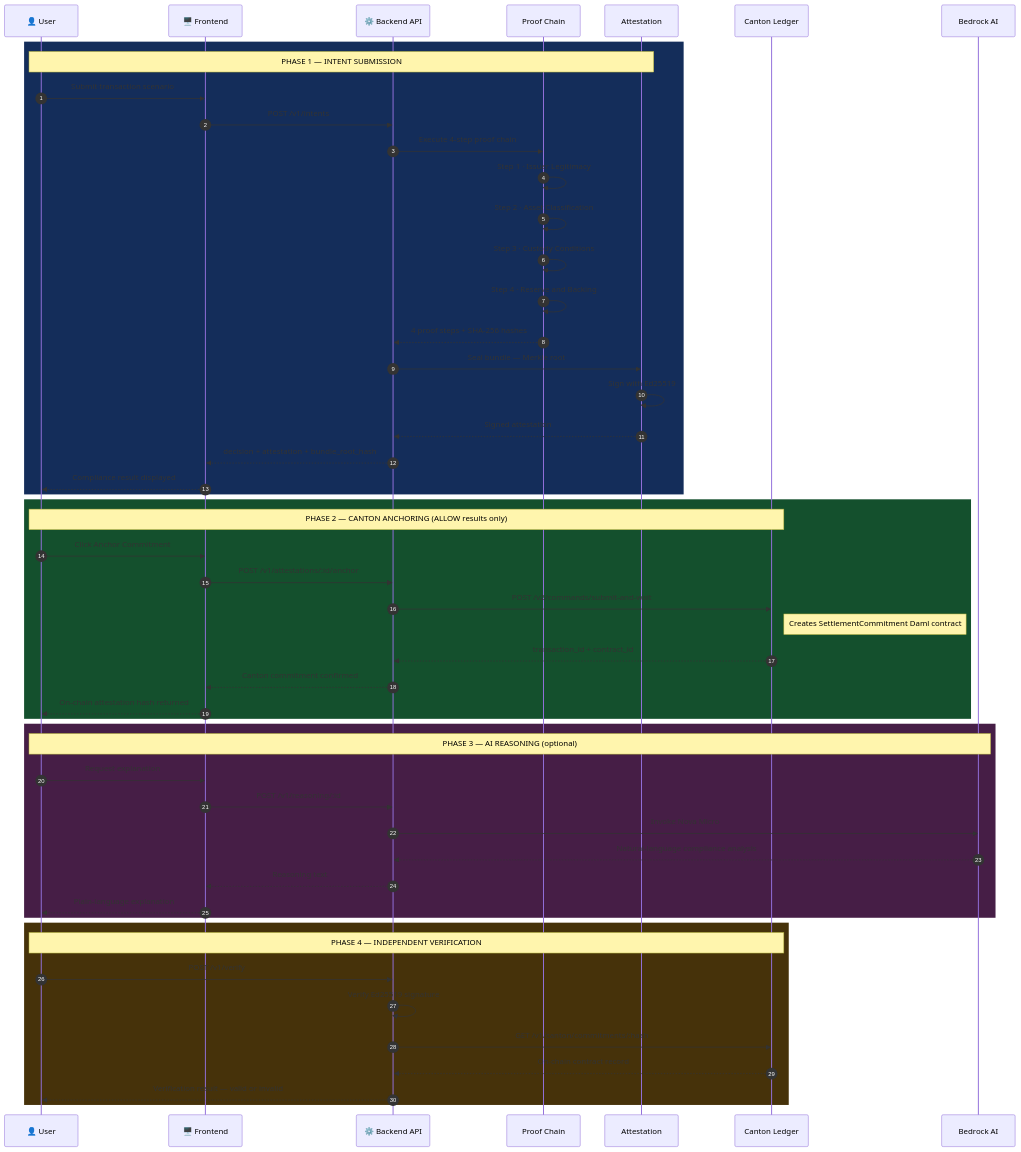
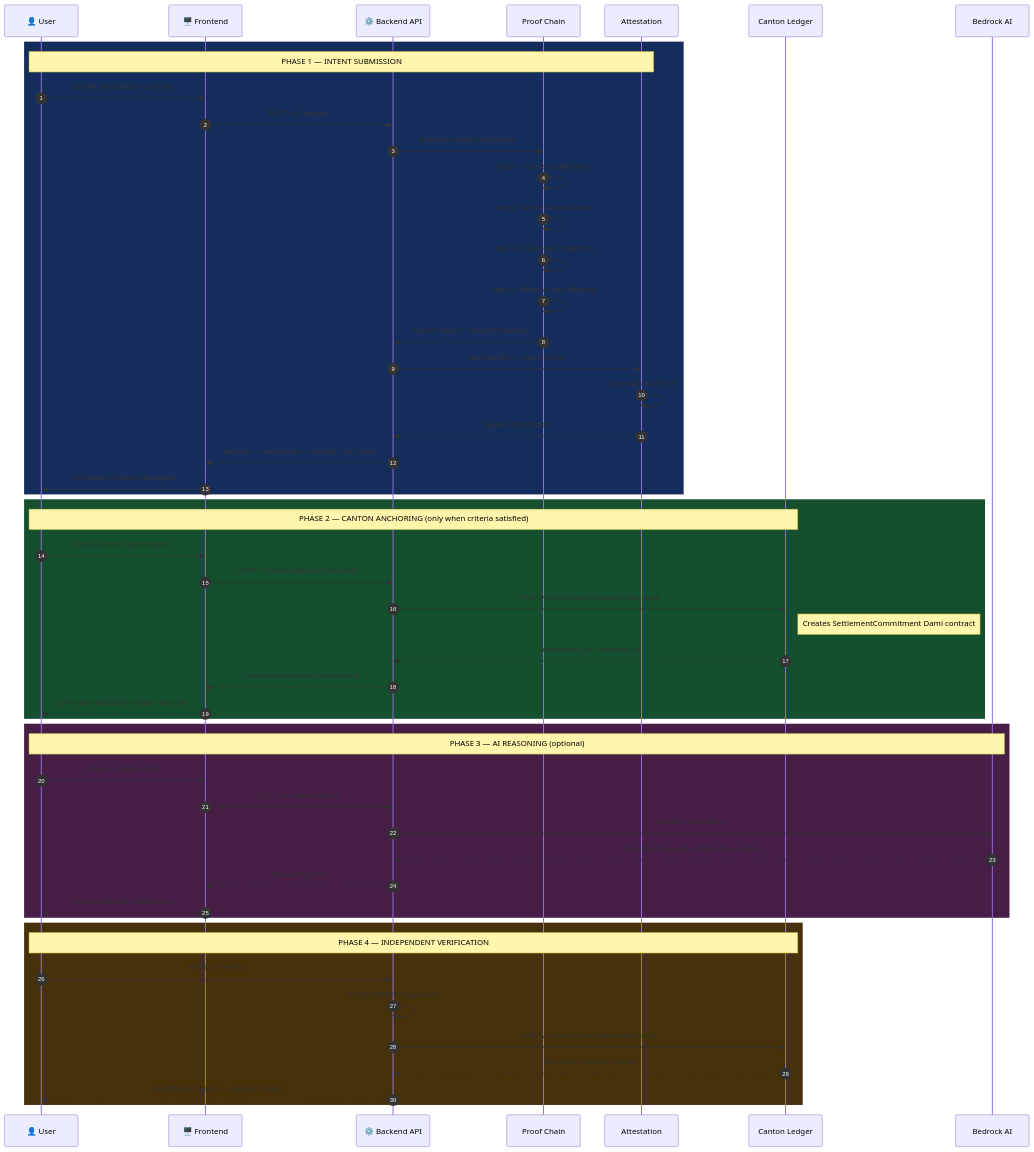
The fourth of 7 diagrams in README.md (finos-labs/dtcch-2026-compliledger), drawn with Mermaid before and after one commit. The commit also changed other lines of this file, not shown here.

````diff
--- a/README.md
+++ b/README.md
@@ -278,58 +280,58 @@
 ```mermaid
 sequenceDiagram
     autonumber
     participant U as 👤 User
     participant FE as 🖥️ Frontend
     participant API as ⚙️ Backend API
     participant PC as Proof Chain
     participant AT as Attestation
     participant CL as Canton Ledger
     participant AI as Bedrock AI
 
     rect rgb(20, 45, 90)
         Note over U,AT: PHASE 1 — INTENT SUBMISSION
         U->>FE: Submit transaction scenario
         FE->>API: POST /v1/intents
         API->>PC: Execute 4-step proof chain
         PC->>PC: Step 1 · Issuer Legitimacy
         PC->>PC: Step 2 · Asset Classification
         PC->>PC: Step 3 · Custody Conditions
         PC->>PC: Step 4 · Reserve and Backing
         PC-->>API: 4 proof steps + SHA-256 hashes
         API->>AT: Seal bundle — Merkle root
         AT->>AT: Sign with Ed25519
         AT-->>API: Signed attestation
         API-->>FE: decision + attestation + bundle_root_hash
         FE-->>U: Compliance result displayed
     end
 
     rect rgb(20, 80, 45)
-        Note over U,CL: PHASE 2 — CANTON ANCHORING  (ALLOW results only)
+        Note over U,CL: PHASE 2 — CANTON ANCHORING  (only when criteria satisfied)
         U->>FE: Click Anchor Commitment
         FE->>API: POST /v1/attestations/:id/anchor
         API->>CL: POST /v2/commands/submit-and-wait
         Note right of CL: Creates SettlementCommitment Daml contract
         CL-->>API: transaction_id + contract_id
         API-->>FE: Canton commitment confirmed
         FE-->>U: On-chain attestation hash returned
     end
 
     rect rgb(70, 30, 70)
         Note over U,AI: PHASE 3 — AI REASONING  (optional)
         U->>FE: Request explanation
         FE->>API: POST /v1/reasoning/:id
         API->>AI: Invoke Nova Micro
         AI-->>API: Natural-language compliance analysis
         API-->>FE: Reasoning text
         FE-->>U: Plain-language explanation
     end
 
     rect rgb(70, 50, 10)
         Note over U,CL: PHASE 4 — INDEPENDENT VERIFICATION
         U->>API: POST /v1/verify
         API->>API: Verify Ed25519 signature
         API->>CL: GET /v1/canton/commitments/:hash
         CL-->>API: On-chain contract record
         API-->>U: Verification result — valid or invalid
     end
 ```
````
